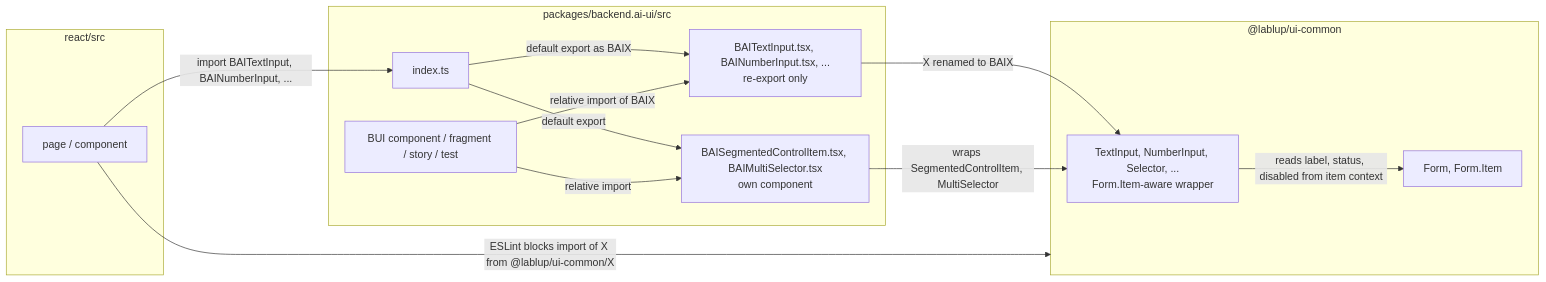
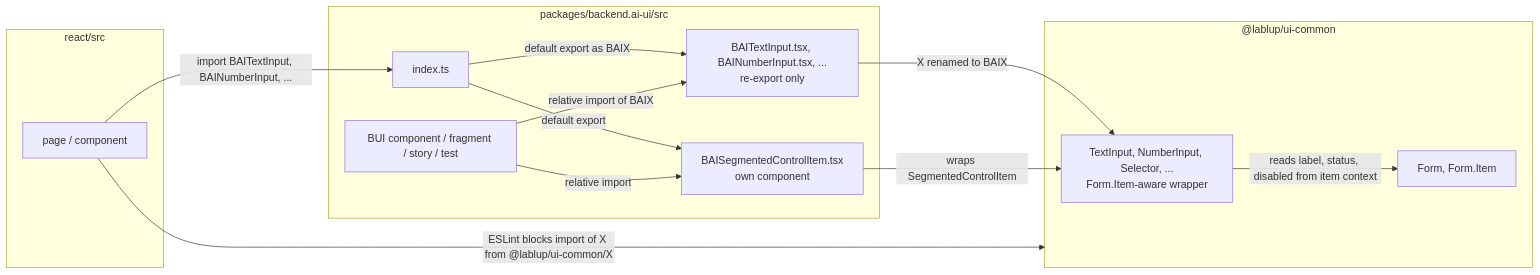
One commit to lablup/backend.ai-webui changed the diagram in docs/adr/0014-bai-names-for-ui-common-form-controls.md. Above: the diagram before and after it, drawn with Mermaid. The commit also changed other lines of this file and 11 other files, not shown here.

````diff
--- a/docs/adr/0014-bai-names-for-ui-common-form-controls.md
+++ b/docs/adr/0014-bai-names-for-ui-common-form-controls.md
@@ -25,25 +25,25 @@
 ```mermaid
 flowchart LR
   subgraph react["react/src"]
     page["page / component"]
   end
   subgraph bui["packages/backend.ai-ui/src"]
     buiuse["BUI component / fragment / story / test"]
     barrel["index.ts"]
     fc["BAITextInput.tsx, BAINumberInput.tsx, ...<br/>re-export only"]
-    item["BAISegmentedControlItem.tsx, BAIMultiSelector.tsx<br/>own component"]
+    item["BAISegmentedControlItem.tsx<br/>own component"]
   end
   subgraph uic["@lablup/ui-common"]
     ctl["TextInput, NumberInput, Selector, ...<br/>Form.Item-aware wrapper"]
     form["Form, Form.Item"]
   end
   page -- "import BAITextInput, BAINumberInput, ..." --> barrel
   barrel -- "default export as BAIX" --> fc
   barrel -- "default export" --> item
   buiuse -- "relative import of BAIX" --> fc
   buiuse -- "relative import" --> item
   fc -- "X renamed to BAIX" --> ctl
-  item -- "wraps SegmentedControlItem, MultiSelector" --> ctl
+  item -- "wraps SegmentedControlItem" --> ctl
   ctl -- "reads label, status, disabled from item context" --> form
   page -- "ESLint blocks import of X from @lablup/ui-common/X" --> uic
 ```
````
